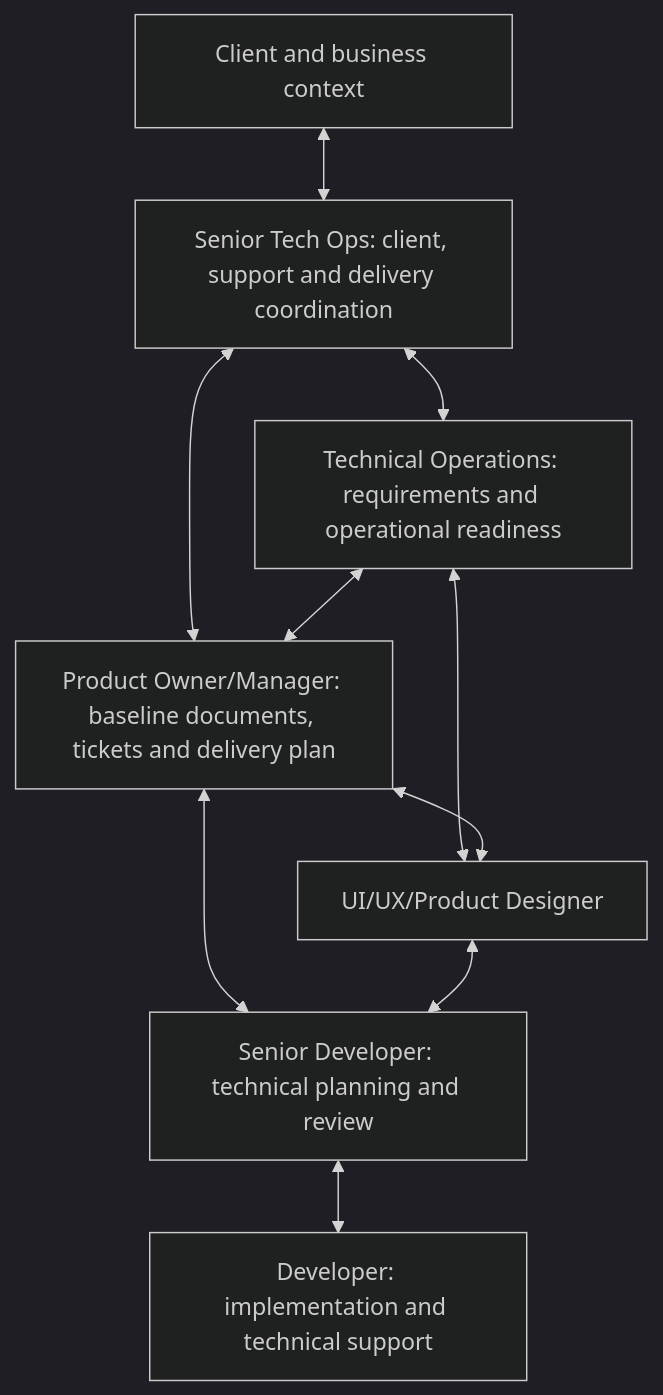
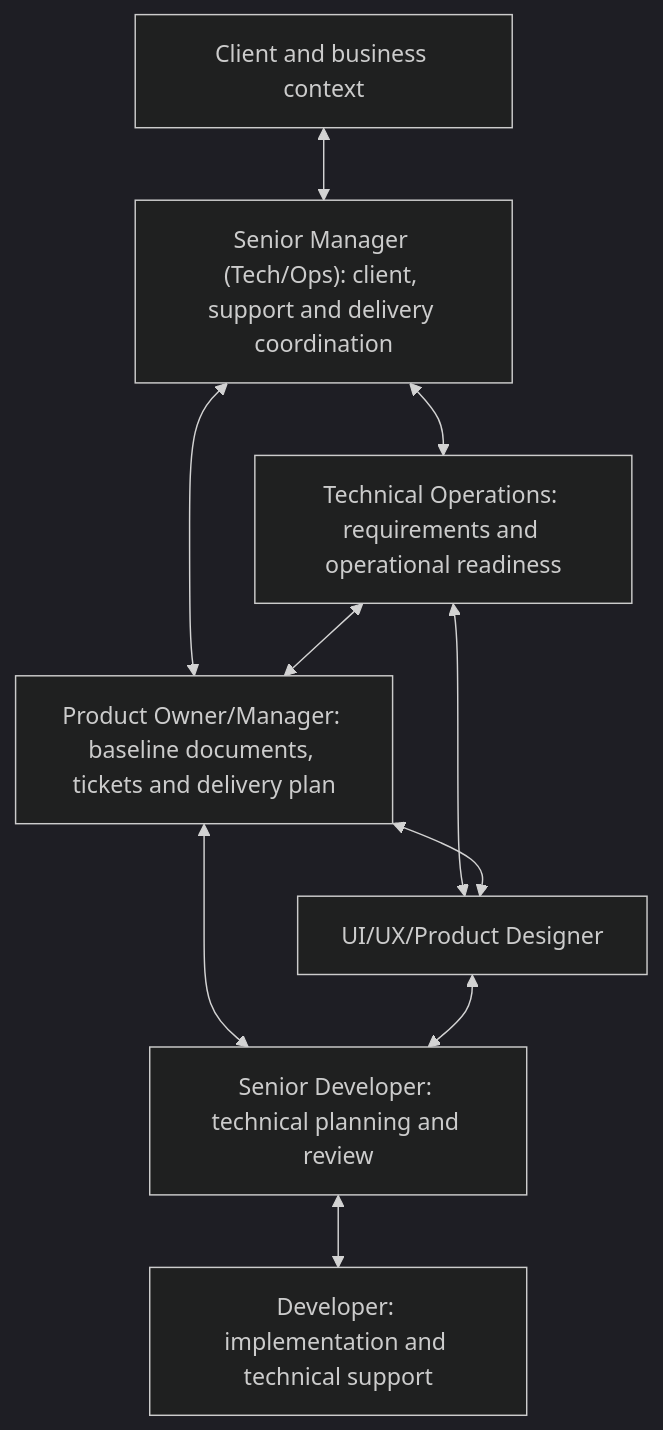
The diagram in company/roles-and-responsibilities.mdx (NextEdgelabs/nextedge-docs), drawn with Mermaid (dark theme) before and after one commit. The commit also changed other lines of this file and 14 other files, not shown here.

````diff
--- a/company/roles-and-responsibilities.mdx
+++ b/company/roles-and-responsibilities.mdx
@@ -15,12 +15,12 @@
 ```mermaid
 flowchart TB
-  C["Client and business context"] <--> S["Senior Tech Ops: client, support and delivery coordination"]
+  C["Client and business context"] <--> S["Senior Manager (Tech/Ops): client, support and delivery coordination"]
   S <--> T["Technical Operations: requirements and operational readiness"]
   S <--> P["Product Owner/Manager: baseline documents, tickets and delivery plan"]
   T <--> P
   T <--> U["UI/UX/Product Designer"]
   P <--> U
   P <--> R["Senior Developer: technical planning and review"]
   R <--> D["Developer: implementation and technical support"]
   U <--> R
 ```
````
